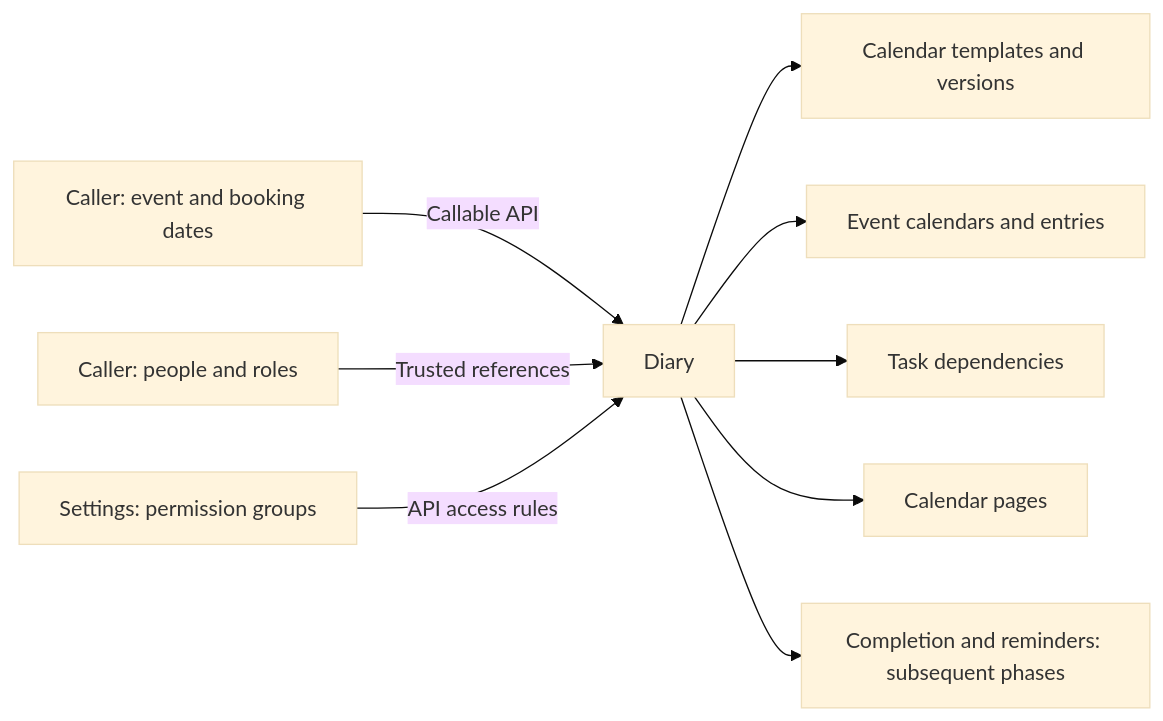
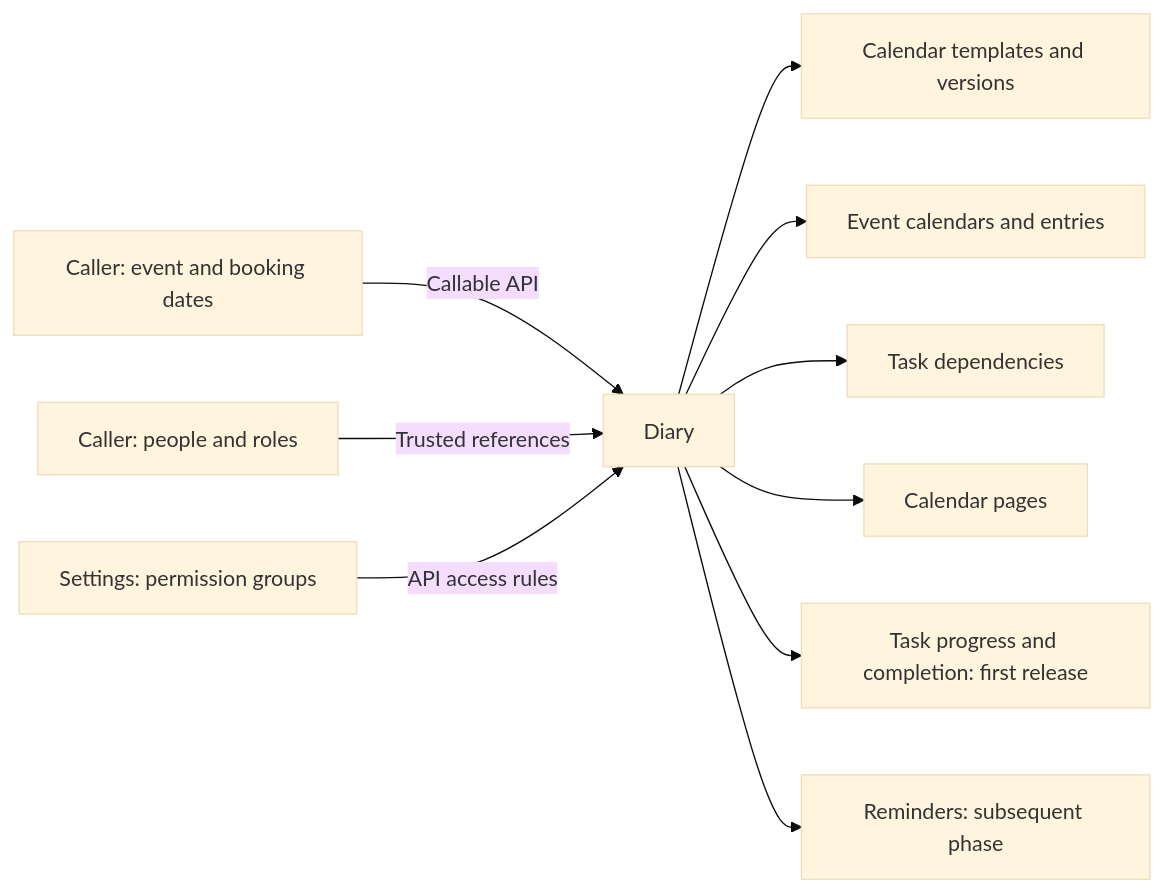
Before and after one commit to TonyFlury/GarageSale: the first of 14 diagrams in docs/design/event-calendar.md, drawn with Mermaid (base theme). The commit also changed other lines of this file and 1 other file, not shown here.

Commit message:
docs: require task progress and completion in first Diary release

````diff
--- a/docs/design/event-calendar.md
+++ b/docs/design/event-calendar.md
@@ -150,11 +152,12 @@
 ```mermaid
 flowchart LR
     A[Caller: event and booking dates] -->|Callable API| D[Diary]
     B[Caller: people and roles] -->|Trusted references| D
     C[Settings: permission groups] -->|API access rules| D
     D --> E[Calendar templates and versions]
     D --> F[Event calendars and entries]
     D --> G[Task dependencies]
     D --> H[Calendar pages]
-    D --> I[Completion and reminders: subsequent phases]
+    D --> I[Task progress and completion: first release]
+    D --> J[Reminders: subsequent phase]
 ```
````
